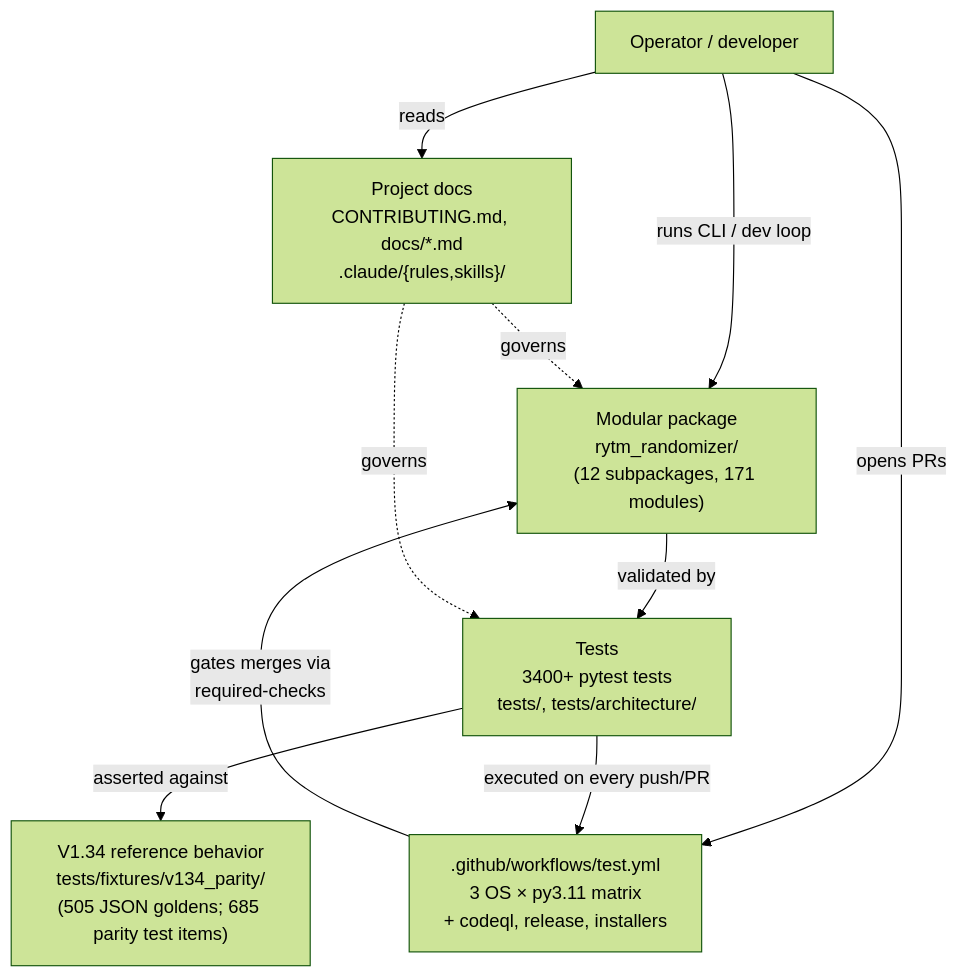
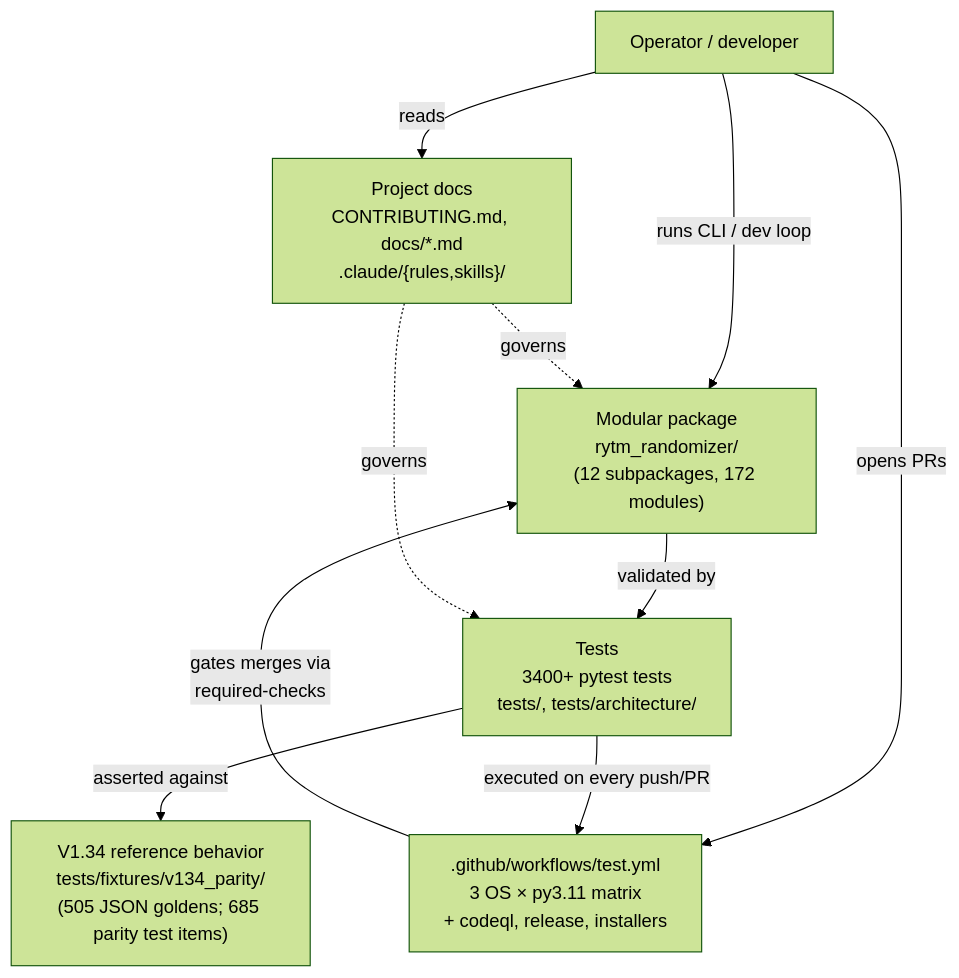
Before and after one commit to buzzijose-hub/RytmRandomizer: the first of 26 diagrams in docs/ARCHITECTURE_DIAGRAMS.md, drawn with Mermaid (forest theme). The commit also changed other lines of this file and 14 other files, not shown here.

````diff
--- a/docs/ARCHITECTURE_DIAGRAMS.md
+++ b/docs/ARCHITECTURE_DIAGRAMS.md
@@ -47,22 +47,22 @@
 ```mermaid
 flowchart TB
     User["Operator / developer"]
     V134["V1.34 reference behavior<br/>tests/fixtures/v134_parity/<br/>(505 JSON goldens; 685 parity test items)"]
-    Package["Modular package<br/>rytm_randomizer/<br/>(12 subpackages, 171 modules)"]
+    Package["Modular package<br/>rytm_randomizer/<br/>(12 subpackages, 172 modules)"]
     Tests["Tests<br/>3400+ pytest tests<br/>tests/, tests/architecture/"]
     CI[".github/workflows/test.yml<br/>3 OS × py3.11 matrix<br/>+ codeql, release, installers"]
     Docs["Project docs<br/>CONTRIBUTING.md, docs/*.md<br/>.claude/{rules,skills}/"]
 
     User -->|"runs CLI / dev loop"| Package
     User -->|"opens PRs"| CI
     User -->|"reads"| Docs
 
     Package -->|"validated by"| Tests
     Tests -->|"asserted against"| V134
     Tests -->|"executed on every push/PR"| CI
 
     CI -->|"gates merges via<br/>required-checks"| Package
 
     Docs -.->|"governs"| Package
     Docs -.->|"governs"| Tests
 ```
````
